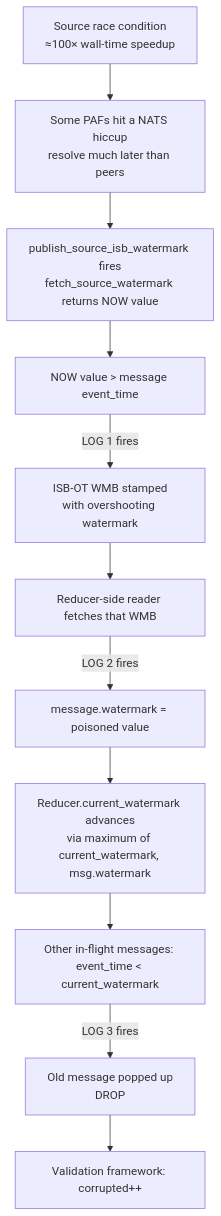
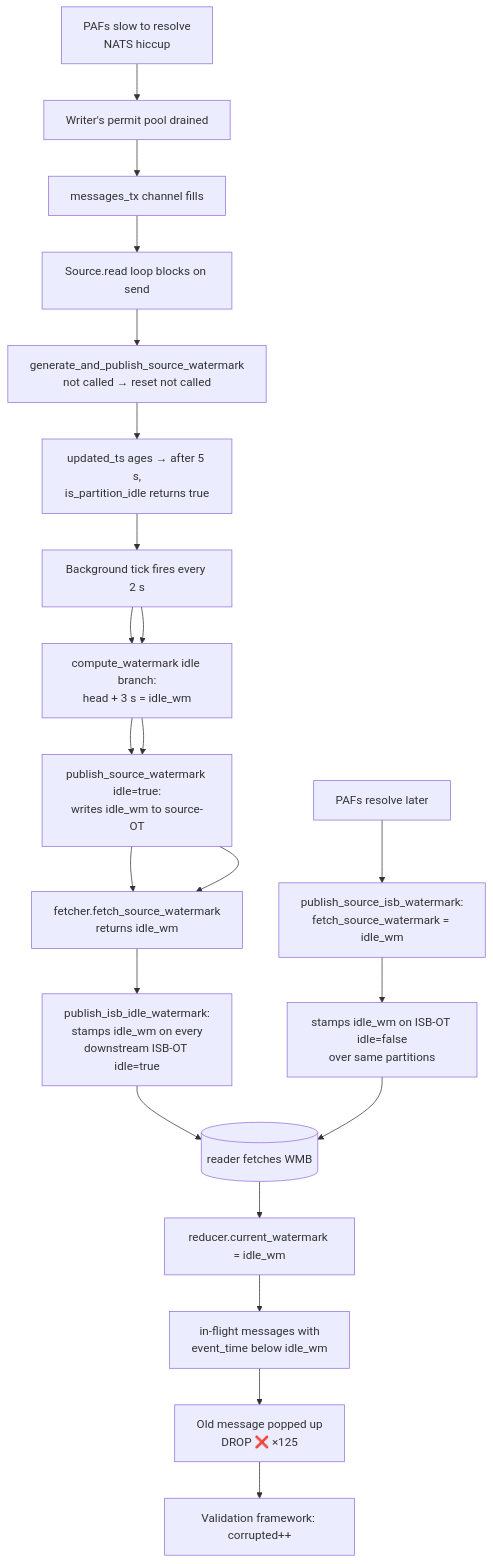
Before and after one commit to numaproj/numaflow: the third of 3 diagrams in reduce-bug-explanation.md, drawn with Mermaid. The commit also changed other lines of this file, not shown here.

Commit message:
explanation mermaid fix

````diff
--- a/reduce-bug-explanation.md
+++ b/reduce-bug-explanation.md
@@ -380,13 +340,26 @@
 ```mermaid
 flowchart TB
-    A[Source race condition<br/>≈100× wall-time speedup] --> B[Some PAFs hit a NATS hiccup<br/>resolve much later than peers]
-    B --> C[publish_source_isb_watermark fires<br/>fetch_source_watermark returns NOW value]
-    C --> D[NOW value &gt; message event_time]
-    D -->|LOG 1 fires| E[ISB-OT WMB stamped<br/>with overshooting watermark]
-    E --> F[Reducer-side reader fetches that WMB]
-    F -->|LOG 2 fires| G[message.watermark = poisoned value]
-    G --> H[Reducer.current_watermark advances<br/>via maximum of current_watermark, msg.watermark]
-    H --> I[Other in-flight messages: event_time &lt; current_watermark]
-    I -->|LOG 3 fires| J["Old message popped up<br/>DROP"]
-    J --> K[Validation framework: corrupted++]
+    A[PAFs slow to resolve<br/>NATS hiccup] --> B[Writer's permit pool drained]
+    B --> C[messages_tx channel fills]
+    C --> D[Source.read loop blocks on send]
+    D --> E[generate_and_publish_source_watermark<br/>not called → reset not called]
+    E --> F[updated_ts ages → after 5 s,<br/>is_partition_idle returns true]
+    F --> G[Background tick fires every 2 s]
+    G --> H[compute_watermark idle branch:<br/>head + 3 s = idle_wm]
+    H --> I[publish_source_watermark idle=true:<br/>writes idle_wm to source-OT]
+    I --> J[fetcher.fetch_source_watermark<br/>returns idle_wm]
+    J --> K[publish_isb_idle_watermark:<br/>stamps idle_wm on every<br/>downstream ISB-OT idle=true]
+    K --> L[(reader fetches WMB)]
+    G --> H
+    H --> I
+    I --> J
+
+    M[PAFs resolve later] --> N[publish_source_isb_watermark:<br/>fetch_source_watermark = idle_wm]
+    N --> O[stamps idle_wm on ISB-OT idle=false<br/>over same partitions]
+    O --> L
+
+    L --> P[reducer.current_watermark = idle_wm]
+    P --> Q[in-flight messages with<br/>event_time below idle_wm]
+    Q --> R[Old message popped up<br/>DROP ❌ ×125]
+    R --> S[Validation framework: corrupted++]
 ```
````
